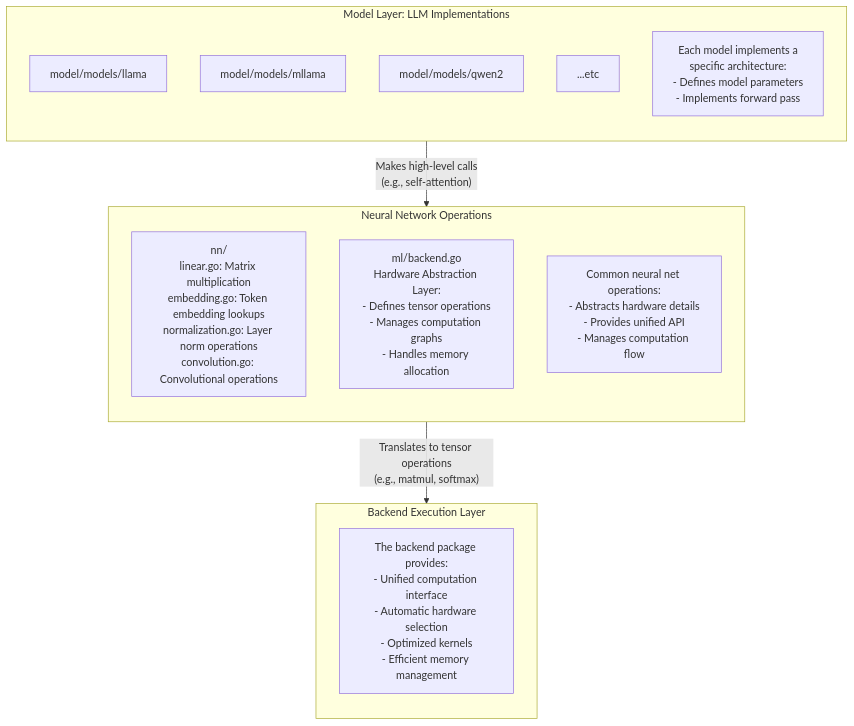
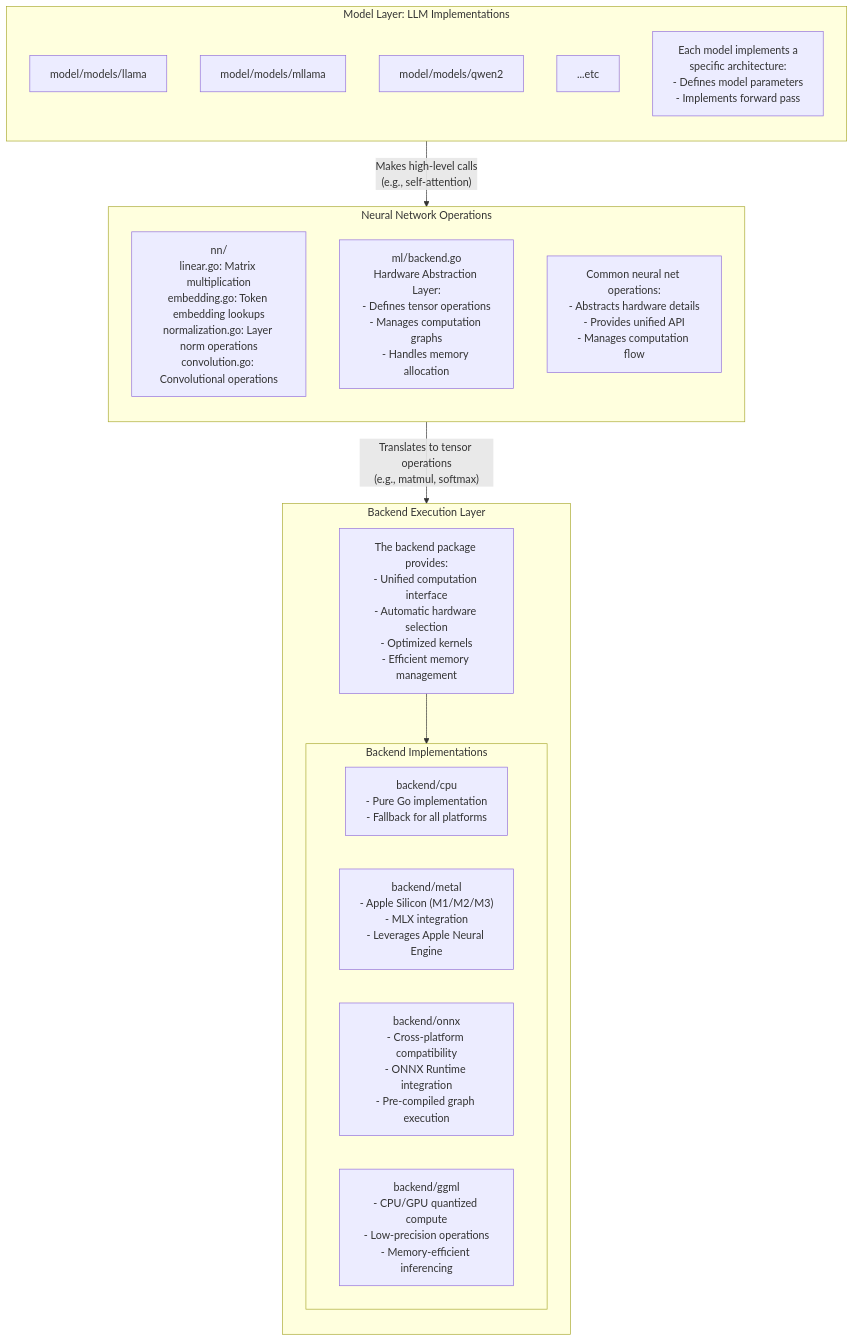
The diagram in docs/add-a-model.md (ollama/ollama), drawn with Mermaid before and after one commit.

Commit message:
examples

````diff
--- a/docs/add-a-model.md
+++ b/docs/add-a-model.md
@@ -11,29 +11,41 @@
 ```mermaid
 graph TB
     subgraph Models["Model Layer: LLM Implementations"]
         direction TB
         llama["model/models/llama"]
         mllama["model/models/mllama"]
         qwen["model/models/qwen2"]
         etc["...etc"]
         
         note1[" Each model implements a<br>specific architecture:<br>- Defines model parameters<br>- Implements forward pass"]
     end
 
     subgraph ML_Ops["Neural Network Operations"]
         direction TB
         nn_ops[" nn/<br>linear.go: Matrix multiplication<br>embedding.go: Token embedding lookups<br>normalization.go: Layer norm operations<br>convolution.go: Convolutional operations "]
         
         backend[" ml/backend.go<br>Hardware Abstraction Layer:<br>- Defines tensor operations<br>- Manages computation graphs<br>- Handles memory allocation "]
 
         note2[" Common neural net operations:<br>- Abstracts hardware details<br>- Provides unified API<br>- Manages computation flow "]
     end
 
     subgraph Hardware["Backend Execution Layer"]
         direction TB
         backend_impl[" The backend package provides:<br>- Unified computation interface<br>- Automatic hardware selection<br>- Optimized kernels<br>- Efficient memory management "]
+        
+        subgraph Backends["Backend Implementations"]
+            direction LR
+            cpu["backend/cpu<br>- Pure Go implementation<br>- Fallback for all platforms"]
+            
+            metal["backend/metal<br>- Apple Silicon (M1/M2/M3)<br>- MLX integration<br>- Leverages Apple Neural Engine"]
+            
+            onnx["backend/onnx<br>- Cross-platform compatibility<br>- ONNX Runtime integration<br>- Pre-compiled graph execution"]
+            
+            ggml["backend/ggml<br>- CPU/GPU quantized compute<br>- Low-precision operations<br>- Memory-efficient inferencing"]
+        end
     end
 
     Models --> |" Makes high-level calls<br>(e.g., self-attention) "| ML_Ops
     ML_Ops --> |" Translates to tensor operations<br>(e.g., matmul, softmax) "| Hardware
+    backend_impl --> Backends
 ```
````
